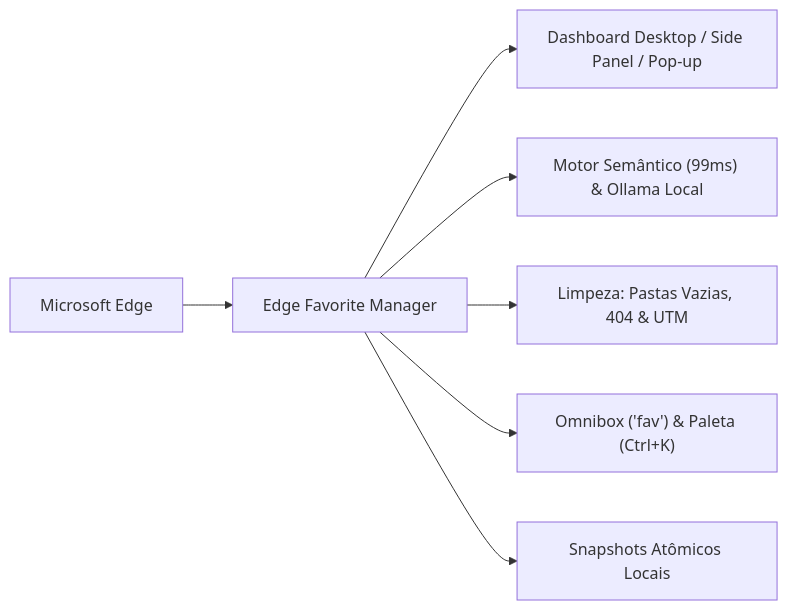
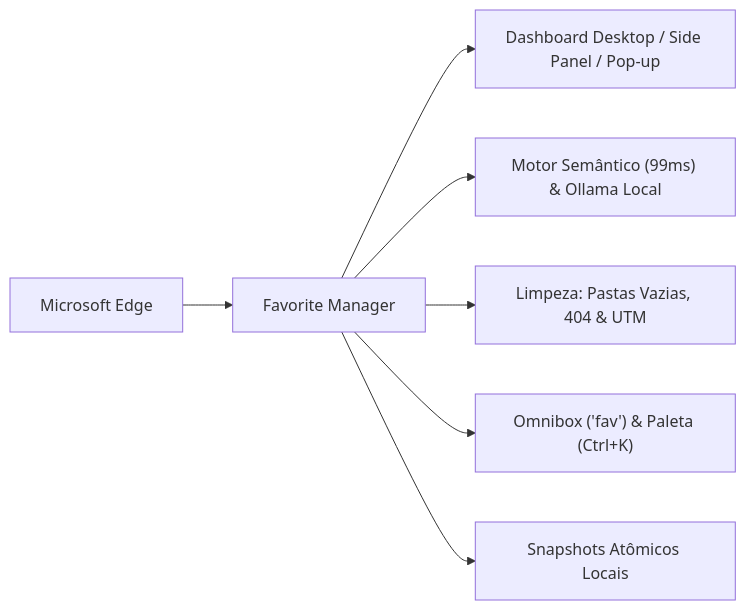
Before and after one commit to Neguchads/favorite-manager: the diagram in README.md, drawn with Mermaid. The commit also changed other lines of this file and 15 other files, not shown here.

Commit message:
chore: rename extension to Favorite Manager

````diff
--- a/README.md
+++ b/README.md
@@ -13,9 +13,9 @@
 ```mermaid
 graph LR
-  Edge["Microsoft Edge"] --> EFM["Edge Favorite Manager"]
+  Edge["Microsoft Edge"] --> EFM["Favorite Manager"]
   EFM --> UI["Dashboard Desktop / Side Panel / Pop-up"]
   EFM --> AI["Motor Semântico (99ms) & Ollama Local"]
   EFM --> Clean["Limpeza: Pastas Vazias, 404 & UTM"]
   EFM --> Quick["Omnibox ('fav') & Paleta (Ctrl+K)"]
   EFM --> Safe["Snapshots Atômicos Locais"]
 ```
````
